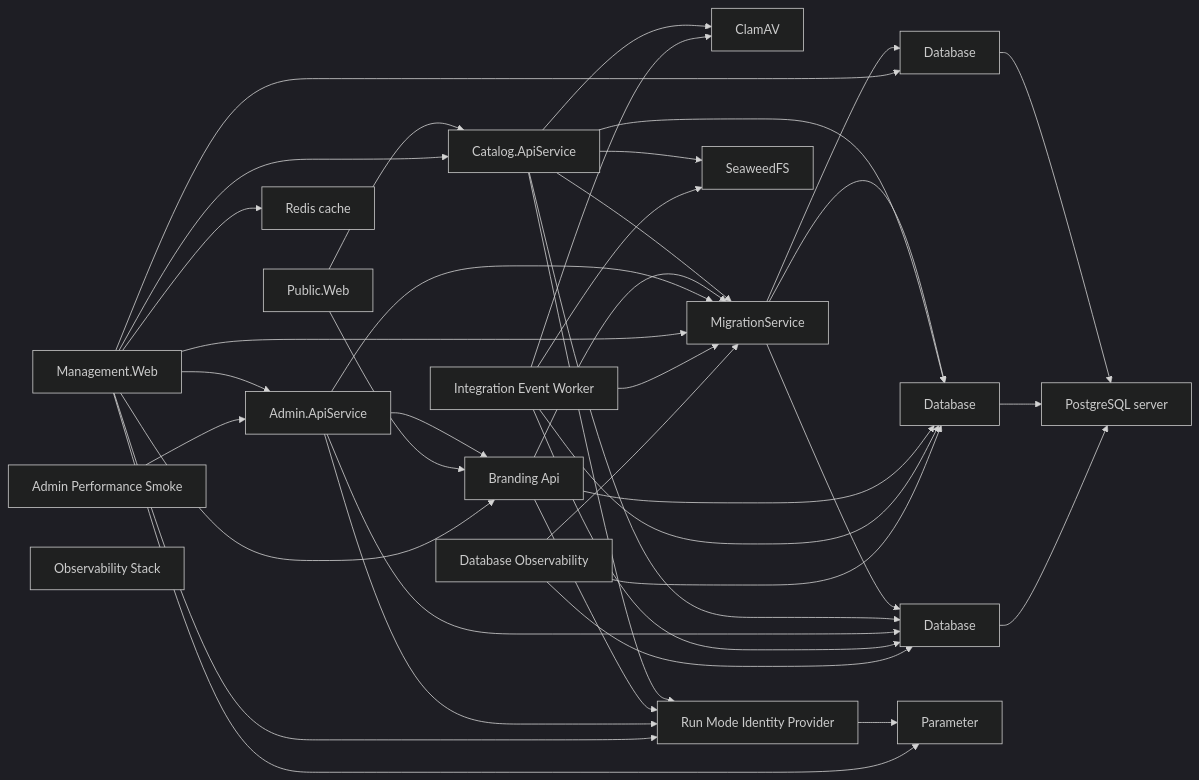
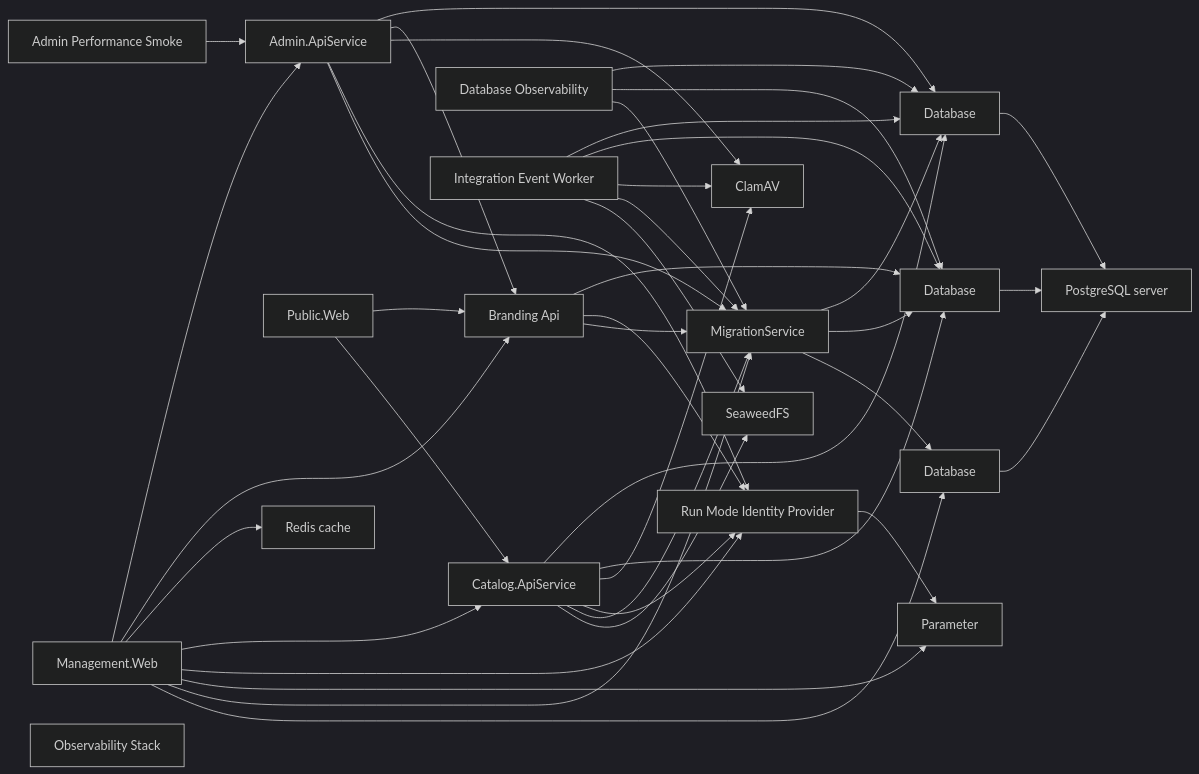
Before and after one commit to danigutsch/ViajantesTurismo: the first of 2 diagrams in docs/architecture/runtime-wiring-and-deployment.md, drawn with Mermaid (dark theme). The commit also changed other lines of this file and 66 other files, not shown here.

````diff
--- a/docs/architecture/runtime-wiring-and-deployment.md
+++ b/docs/architecture/runtime-wiring-and-deployment.md
@@ -14,61 +14,62 @@
 ```mermaid
 flowchart LR
     AdminPerformanceSmoke[Admin Performance Smoke]
     apiService[Admin.ApiService]
     brandingApiService[Branding Api]
     catalogApiService[Catalog.ApiService]
     clamAv[ClamAV]
     adminDatabase[Database]
     catalogDatabase[Database]
     securityDatabase[Database]
     DatabaseObservability[Database Observability]
     IntegrationEventWorker[Integration Event Worker]
     ManagementWeb[Management.Web]
     migrationService[MigrationService]
     ObservabilityStack[Observability Stack]
     managementWebClientSecret[Parameter]
     databaseServer[PostgreSQL server]
     PublicWeb[Public.Web]
     cache[Redis cache]
     identityProvider[Run Mode Identity Provider]
     seaweedFs[SeaweedFS]
     AdminPerformanceSmoke --> apiService
     DatabaseObservability --> adminDatabase
     DatabaseObservability --> catalogDatabase
     DatabaseObservability --> migrationService
     IntegrationEventWorker --> adminDatabase
     IntegrationEventWorker --> catalogDatabase
     IntegrationEventWorker --> clamAv
     IntegrationEventWorker --> migrationService
     IntegrationEventWorker --> seaweedFs
     ManagementWeb --> apiService
     ManagementWeb --> brandingApiService
     ManagementWeb --> cache
     ManagementWeb --> catalogApiService
     ManagementWeb --> identityProvider
     ManagementWeb --> managementWebClientSecret
     ManagementWeb --> migrationService
     ManagementWeb --> securityDatabase
     PublicWeb --> brandingApiService
     PublicWeb --> catalogApiService
     adminDatabase --> databaseServer
     apiService --> adminDatabase
     apiService --> brandingApiService
+    apiService --> clamAv
     apiService --> identityProvider
     apiService --> migrationService
     brandingApiService --> catalogDatabase
     brandingApiService --> identityProvider
     brandingApiService --> migrationService
     catalogApiService --> adminDatabase
     catalogApiService --> catalogDatabase
     catalogApiService --> clamAv
     catalogApiService --> identityProvider
     catalogApiService --> migrationService
     catalogApiService --> seaweedFs
     catalogDatabase --> databaseServer
     identityProvider --> managementWebClientSecret
     migrationService --> adminDatabase
     migrationService --> catalogDatabase
     migrationService --> securityDatabase
     securityDatabase --> databaseServer
 ```
````
